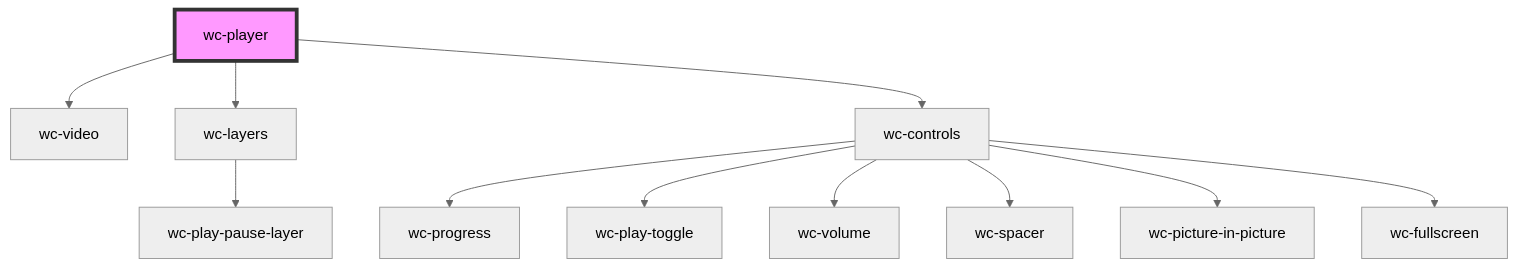
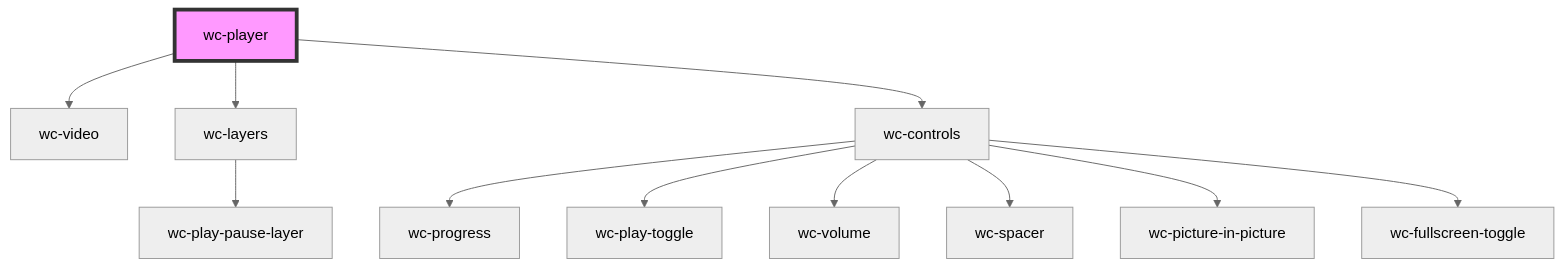
One commit to iChengbo/wcplayer changed the diagram in packages/wcplayer-components/src/components/wc-player/readme.md. Above: the diagram before and after it, drawn with Mermaid (neutral theme). The commit also changed 14 other files, not shown here.

Commit message:
chore: rename wc-fullscreen to wc-fullscreen-toggle

````diff
--- a/packages/wcplayer-components/src/components/wc-player/readme.md
+++ b/packages/wcplayer-components/src/components/wc-player/readme.md
@@ -40,14 +40,14 @@
 ```mermaid
 graph TD;
   wc-player --> wc-video
   wc-player --> wc-layers
   wc-player --> wc-controls
   wc-layers --> wc-play-pause-layer
   wc-controls --> wc-progress
   wc-controls --> wc-play-toggle
   wc-controls --> wc-volume
   wc-controls --> wc-spacer
   wc-controls --> wc-picture-in-picture
-  wc-controls --> wc-fullscreen
+  wc-controls --> wc-fullscreen-toggle
   style wc-player fill:#f9f,stroke:#333,stroke-width:4px
 ```
````
